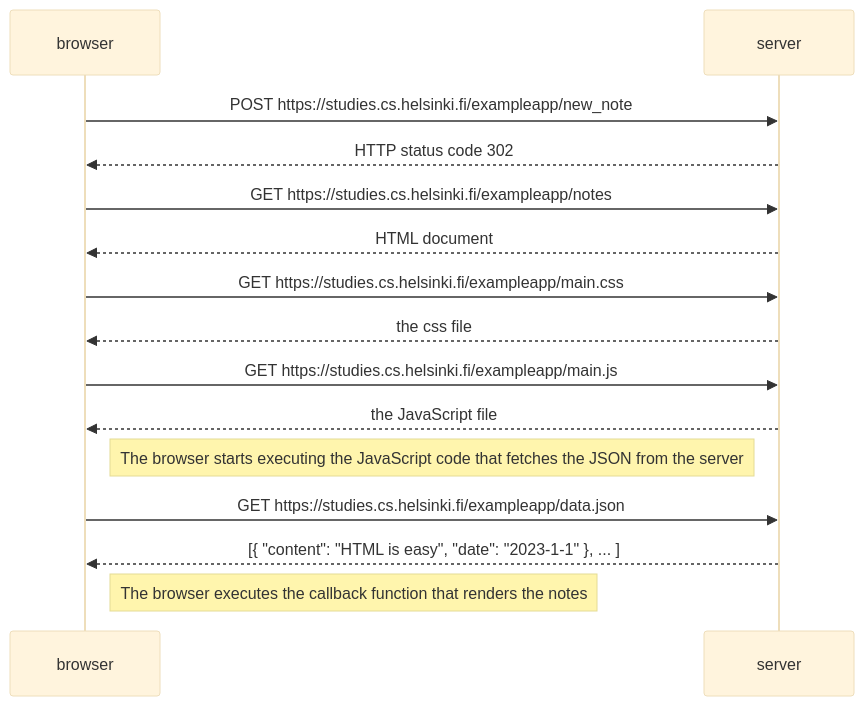
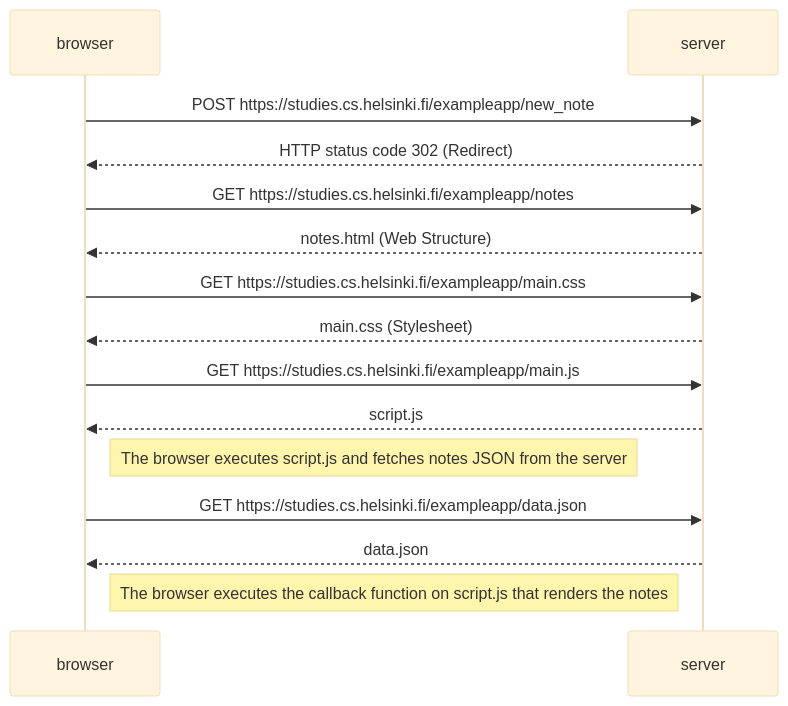
One commit to fecfecfec/fullstackopen-helsinki changed the diagram in part0/04-New note diagram.md. Above: the diagram before and after it, drawn with Mermaid (base theme).

Commit message:
Slight changes to first sequence.

````diff
--- a/part0/04-New note diagram.md
+++ b/part0/04-New note diagram.md
@@ -1,24 +1,24 @@
 ```mermaid
 sequenceDiagram
     participant browser
     participant server
 
     browser->>server: POST https://studies.cs.helsinki.fi/exampleapp/new_note
-    server-->>browser: HTTP status code 302
+    server-->>browser: HTTP status code 302 (Redirect)
 
     browser->>server: GET https://studies.cs.helsinki.fi/exampleapp/notes
-    server-->>browser: HTML document
+    server-->>browser: notes.html (Web Structure)
 
     browser->>server: GET https://studies.cs.helsinki.fi/exampleapp/main.css
-    server-->>browser: the css file
+    server-->>browser: main.css (Stylesheet)
 
     browser->>server: GET https://studies.cs.helsinki.fi/exampleapp/main.js
-    server-->>browser: the JavaScript file
+    server-->>browser: script.js
 
-    Note right of browser: The browser starts executing the JavaScript code that fetches the JSON from the server
+    Note right of browser: The browser executes script.js and fetches notes JSON from the server
 
     browser->>server: GET https://studies.cs.helsinki.fi/exampleapp/data.json
-    server-->>browser: [{ "content": "HTML is easy", "date": "2023-1-1" }, ... ]
+    server-->>browser: data.json
 
-    Note right of browser: The browser executes the callback function that renders the notes
+    Note right of browser: The browser executes the callback function on script.js that renders the notes
 ```
````
